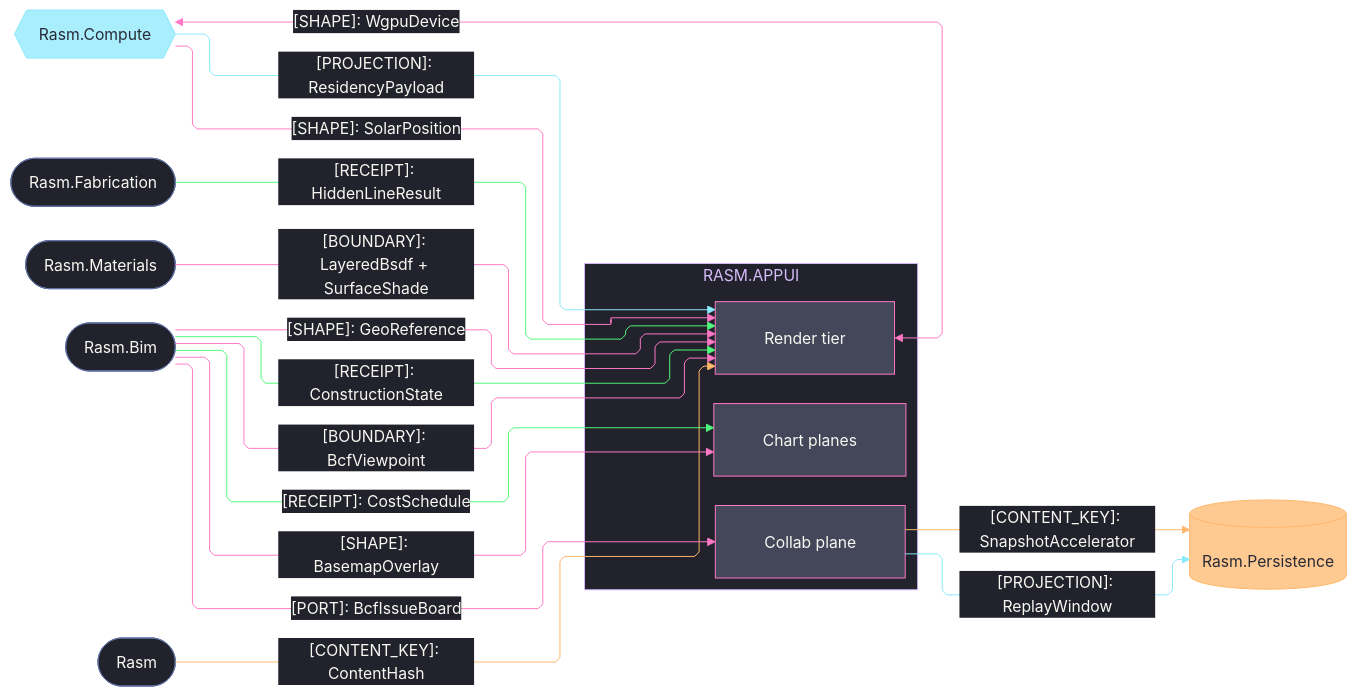
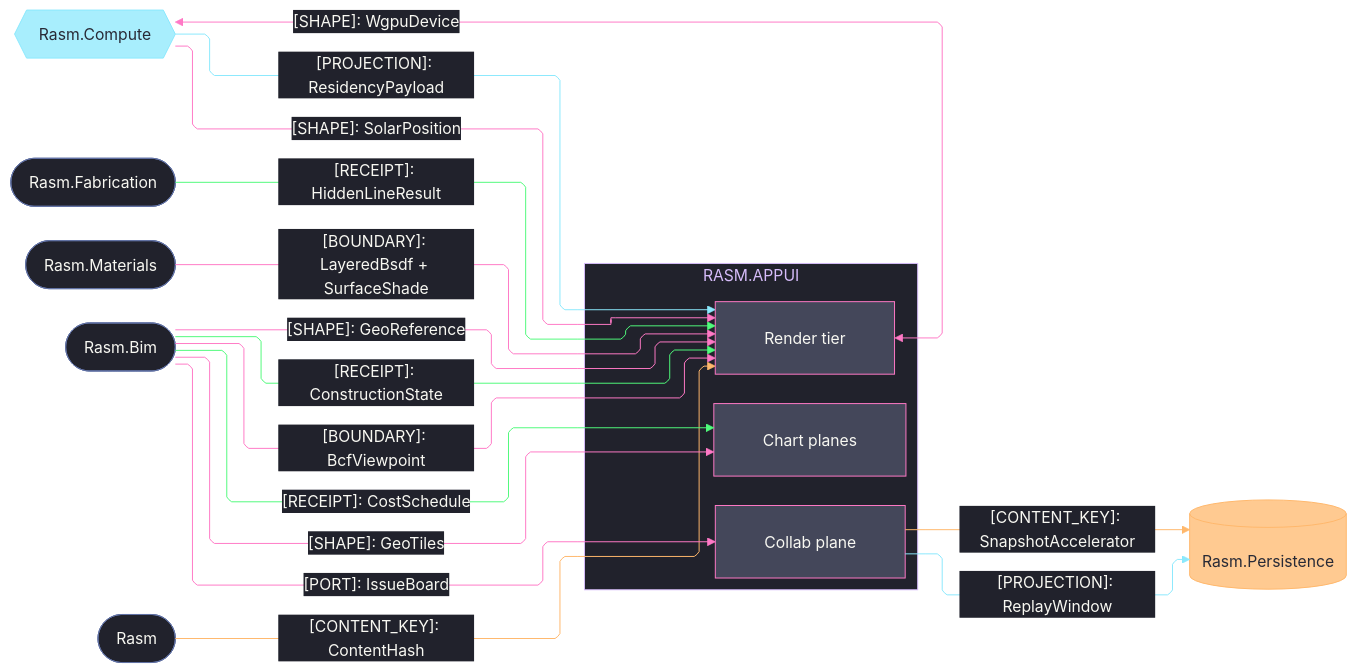
Before and after one commit to bsamiee/Rasm: the second of 3 diagrams in libs/csharp/Rasm.AppUi/ARCHITECTURE.md, drawn with Mermaid. The commit also changed other lines of this file and 24 other files, not shown here.

Commit message:
architecture: seam registries + codemaps aligned across the estate (worker fabric edges, scene rows, csharp/ts seam mirrors)

````diff
--- a/libs/csharp/Rasm.AppUi/ARCHITECTURE.md
+++ b/libs/csharp/Rasm.AppUi/ARCHITECTURE.md
@@ -68,72 +147,72 @@
 ```mermaid
 ---
 config:
   theme: base
   look: classic
   layout: elk
   flowchart:
     curve: linear
     padding: 25
   themeVariables:
     darkMode: true
     fontFamily: "SF Mono, Menlo, Cascadia Mono, Segoe UI Mono, Consolas, monospace"
     useGradient: false
     dropShadow: "none"
     background: "#282A36"
     primaryColor: "#44475A"
     primaryTextColor: "#F8F8F2"
     primaryBorderColor: "#BD93F9"
     lineColor: "#FF79C6"
     textColor: "#F8F8F2"
     clusterBkg: "#21222C"
     clusterBorder: "#D6BCFA"
     edgeLabelBackground: "#21222C"
     labelBackgroundColor: "#21222C"
     titleColor: "#D6BCFA"
   themeCSS: ".nodeLabel{font-size:13px;font-weight:500}.edgeLabel{font-size:12px;font-weight:500}.cluster-label .nodeLabel{font-size:13.5px;font-weight:700;letter-spacing:.08em}.edge-thickness-normal{stroke-width:2px}.edge-thickness-thick{stroke-width:3px}.edge-pattern-dashed,.edge-pattern-dotted{stroke-width:1.5px;stroke-dasharray:4 6}.node rect,.node circle,.node polygon,.node path,.node .outer-path{stroke-width:1.5px;filter:none!important}.cluster rect{stroke-width:1px!important;stroke-dasharray:5 4!important;filter:none!important}.marker path{transform:scale(.8);transform-origin:5px 5px}.marker circle{transform:scale(.48);transform-origin:5px 5px}.edgeLabel rect{transform-box:fill-box;transform-origin:center;transform:scale(1.1,1.2)}"
 ---
 flowchart LR
     accTitle: AppUi AEC-domain, render-source, and storage seams
     accDescr: AppUi render, chart, and collaboration owners exchanging residency projections, receipts, boundaries, content keys, and shared-device shapes with the AEC peers Compute, Fabrication, Materials, Bim, the kernel, and the Persistence store, edge rails colored by kind and nodes classed by seam direction.
     subgraph appui[RASM.APPUI]
         Render[Render tier]
         Charts[Chart planes]
         Collab[Collab plane]
     end
     Compute{{Rasm.Compute}}
     Fabrication([Rasm.Fabrication])
     Materials([Rasm.Materials])
     Bim([Rasm.Bim])
     Rasm([Rasm])
     Persistence[(Rasm.Persistence)]
     Compute e1@-->|"[PROJECTION]: ResidencyPayload"| Render
     Render e2@<-->|"[SHAPE]: WgpuDevice"| Compute
     Compute e3@-->|"[SHAPE]: SolarPosition"| Render
     Fabrication e4@-->|"[RECEIPT]: HiddenLineResult"| Render
     Materials e5@-->|"[BOUNDARY]: LayeredBsdf + SurfaceShade"| Render
     Rasm e6@-->|"[CONTENT_KEY]: ContentHash"| Render
-    Bim e7@-->|"[SHAPE]: BasemapOverlay"| Charts
+    Bim e7@-->|"[SHAPE]: GeoTiles"| Charts
     Bim e8@-->|"[RECEIPT]: CostSchedule"| Charts
-    Bim e9@-->|"[PORT]: BcfIssueBoard"| Collab
+    Bim e9@-->|"[PORT]: IssueBoard"| Collab
     Collab e10@-->|"[PROJECTION]: ReplayWindow"| Persistence
     Collab e11@-->|"[CONTENT_KEY]: SnapshotAccelerator"| Persistence
     Bim e12@-->|"[RECEIPT]: ConstructionState"| Render
     Bim e13@-->|"[BOUNDARY]: BcfViewpoint"| Render
     Bim e14@-->|"[SHAPE]: GeoReference"| Render
     classDef primary fill:#44475A,stroke:#FF79C6,color:#F8F8F2
     classDef external fill:#8BE9FDBF,stroke:#8BE9FD,color:#282A36
     classDef data fill:#FFB86CBF,stroke:#FFB86C,color:#282A36
     classDef annotation fill:#21222C,stroke:#6272A4,color:#F8F8F2
     classDef edgeData stroke:#FFB86C,color:#F8F8F2
     classDef edgeSuccess stroke:#50FA7B,color:#F8F8F2
     classDef edgeExternal stroke:#8BE9FD,color:#F8F8F2
     classDef edgeControl stroke:#FF79C6,color:#F8F8F2
     class Render,Charts,Collab primary
     class Compute external
     class Persistence data
     class Fabrication,Materials,Bim,Rasm annotation
     class e6,e11 edgeData
     class e4,e8,e12 edgeSuccess
     class e1,e10 edgeExternal
     class e2,e3,e5,e7,e9,e13,e14 edgeControl
 ```
````
